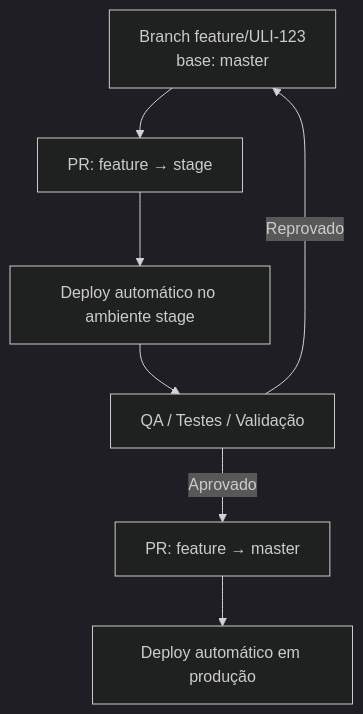
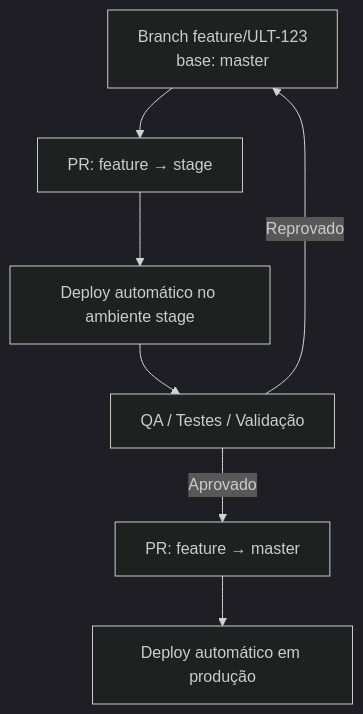
Before and after one commit to uliving-student/.github: the second of 2 diagrams in profile/ENGINEERING.md, drawn with Mermaid (dark theme). The commit also changed other lines of this file and 3 other files, not shown here.

````diff
--- a/profile/ENGINEERING.md
+++ b/profile/ENGINEERING.md
@@ -42,9 +42,9 @@
 ```mermaid
 flowchart TB
-  A[Branch feature/ULI-123<br/>base: master] --> B[PR: feature → stage]
+  A[Branch feature/ULT-123<br/>base: master] --> B[PR: feature → stage]
   B --> C[Deploy automático no ambiente stage]
   C --> D[QA / Testes / Validação]
   D -->|Aprovado| E[PR: feature → master]
   E --> F[Deploy automático em produção]
   D -->|Reprovado| A
 ```
````
